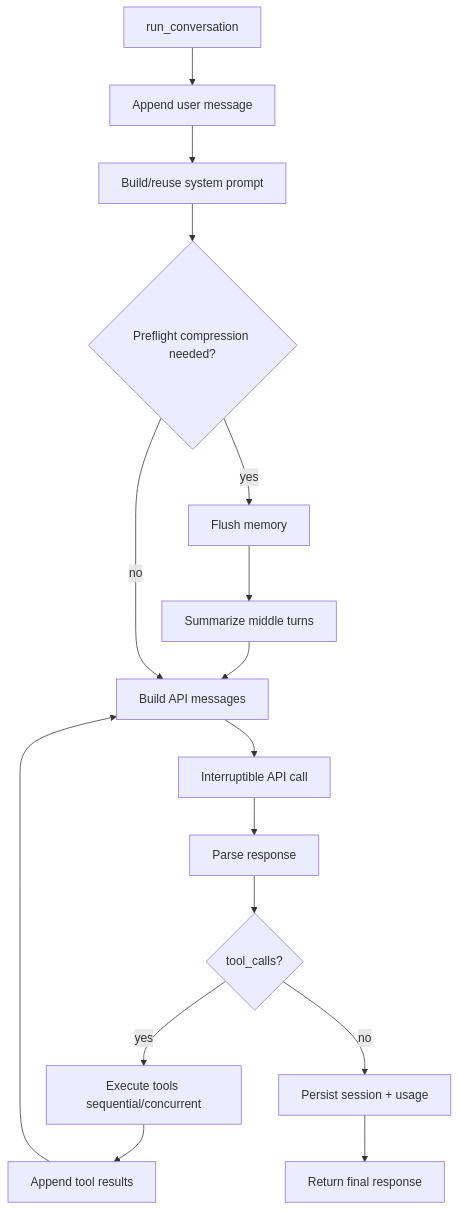
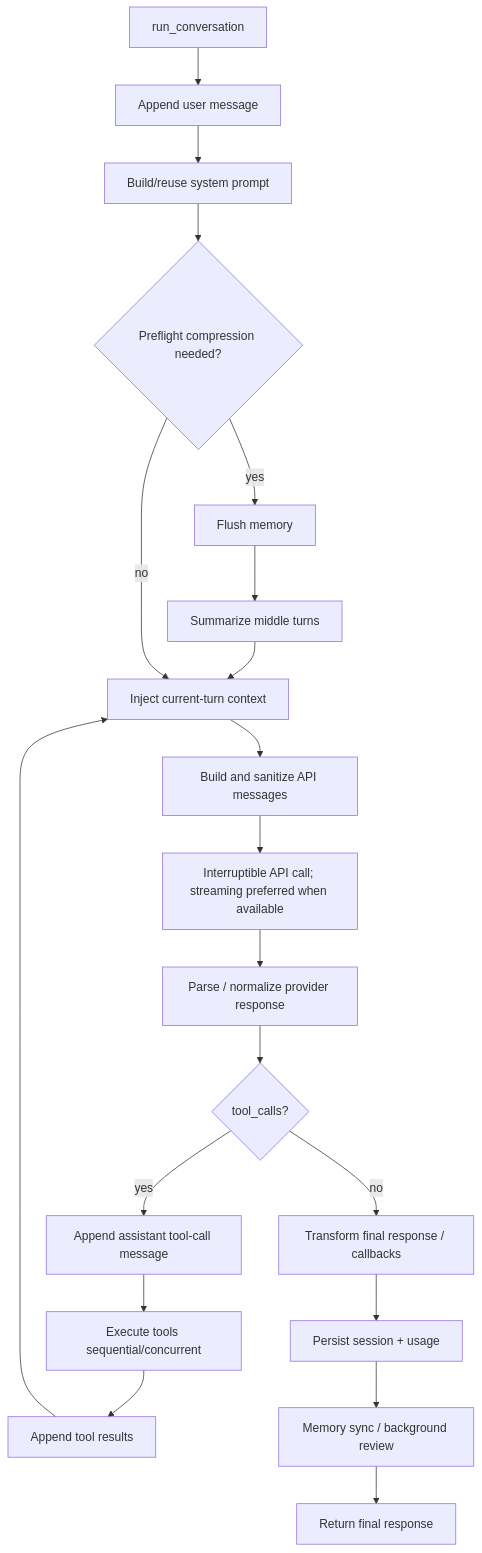
One commit to M1racleShih/hermes-relay changed the diagram in docs/diagrams/03-agent-turn-lifecycle.md. Above: the diagram before and after it, drawn with Mermaid. The commit also changed 11 other files, not shown here.

````diff
--- a/docs/diagrams/03-agent-turn-lifecycle.md
+++ b/docs/diagrams/03-agent-turn-lifecycle.md
@@ -3,18 +3,22 @@
 ```mermaid
 flowchart TD
     Start[run_conversation] --> UserMsg[Append user message]
     UserMsg --> Prompt[Build/reuse system prompt]
     Prompt --> Compress{Preflight compression needed?}
     Compress -- yes --> Flush[Flush memory]
     Flush --> Summarize[Summarize middle turns]
-    Summarize --> BuildAPI[Build API messages]
-    Compress -- no --> BuildAPI
-    BuildAPI --> Call[Interruptible API call]
-    Call --> Parse[Parse response]
+    Summarize --> Ephemeral[Inject current-turn context]
+    Compress -- no --> Ephemeral
+    Ephemeral --> BuildAPI[Build and sanitize API messages]
+    BuildAPI --> Call[Interruptible API call; streaming preferred when available]
+    Call --> Parse[Parse / normalize provider response]
     Parse --> HasTools{tool_calls?}
-    HasTools -- yes --> Execute[Execute tools sequential/concurrent]
+    HasTools -- yes --> AppendAssistant[Append assistant tool-call message]
+    AppendAssistant --> Execute[Execute tools sequential/concurrent]
     Execute --> AppendTool[Append tool results]
-    AppendTool --> BuildAPI
-    HasTools -- no --> Persist[Persist session + usage]
-    Persist --> Return[Return final response]
+    AppendTool --> Ephemeral
+    HasTools -- no --> Transform[Transform final response / callbacks]
+    Transform --> Persist[Persist session + usage]
+    Persist --> Background[Memory sync / background review]
+    Background --> Return[Return final response]
 ```
````
